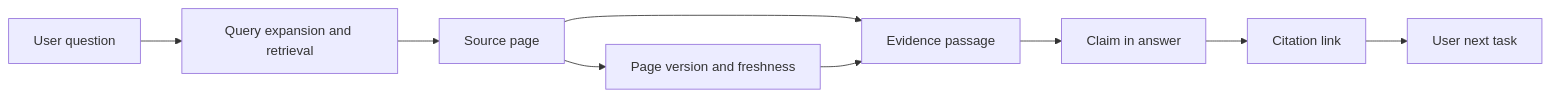
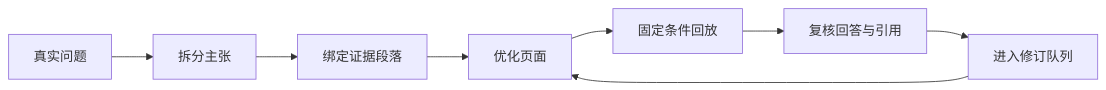
The first of 3 diagrams in src/content/writing/2026/08/seo-to-geo-engineering/zh.md (Liyuk/liyuk.github.io), drawn with Mermaid before and after one commit. The commit also changed other lines of this file and 46 other files, not shown here.

````diff
--- a/src/content/writing/2026/08/seo-to-geo-engineering/zh.md
+++ b/src/content/writing/2026/08/seo-to-geo-engineering/zh.md
@@ -25,11 +77,10 @@
 ```mermaid
 flowchart LR
-  A[User question] --> B[Query expansion and retrieval]
-  B --> C[Source page]
-  C --> D[Evidence passage]
-  D --> E[Claim in answer]
-  E --> F[Citation link]
-  F --> G[User next task]
-  C --> H[Page version and freshness]
-  H --> D
+  A[真实问题] --> B[拆分主张]
+  B --> C[绑定证据段落]
+  C --> D[优化页面]
+  D --> E[固定条件回放]
+  E --> F[复核回答与引用]
+  F --> G[进入修订队列]
+  G --> D
 ```
````
